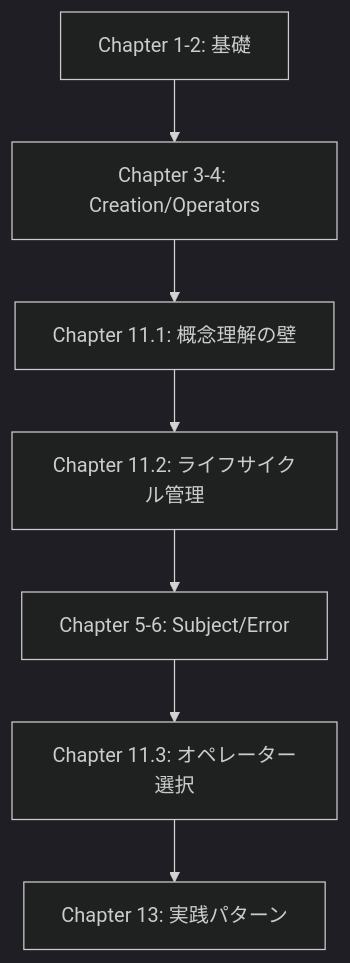
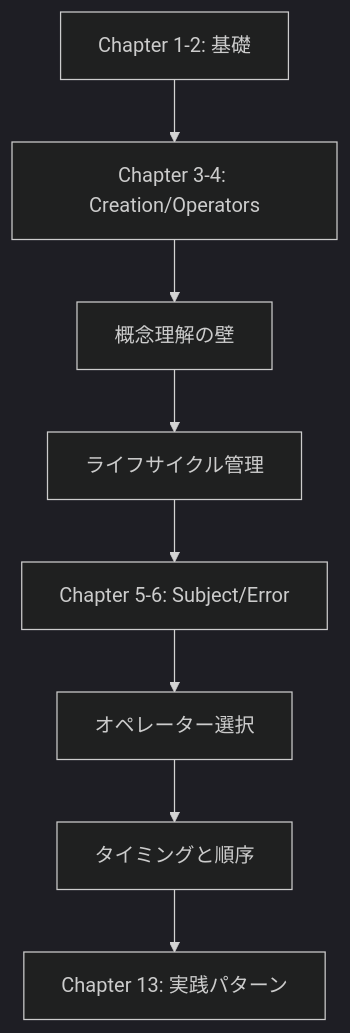
Before and after one commit to shuji-bonji/RxJS-with-TypeScript: the first of 3 diagrams in docs/guide/overcoming-difficulties/index.md, drawn with Mermaid (dark theme). The commit also changed other lines of this file and 6 other files, not shown here.

````diff
--- a/docs/guide/overcoming-difficulties/index.md
+++ b/docs/guide/overcoming-difficulties/index.md
@@ -111,9 +111,10 @@
 ```mermaid
 graph TD
     A[Chapter 1-2: 基礎] --> B[Chapter 3-4: Creation/Operators]
-    B --> C[Chapter 11.1: 概念理解の壁]
-    C --> D[Chapter 11.2: ライフサイクル管理]
+    B --> C[概念理解の壁]
+    C --> D[ライフサイクル管理]
     D --> E[Chapter 5-6: Subject/Error]
-    E --> F[Chapter 11.3: オペレーター選択]
-    F --> G[Chapter 13: 実践パターン]
+    E --> F[オペレーター選択]
+    F --> G[タイミングと順序]
+    G --> H[Chapter 13: 実践パターン]
 ```
````
